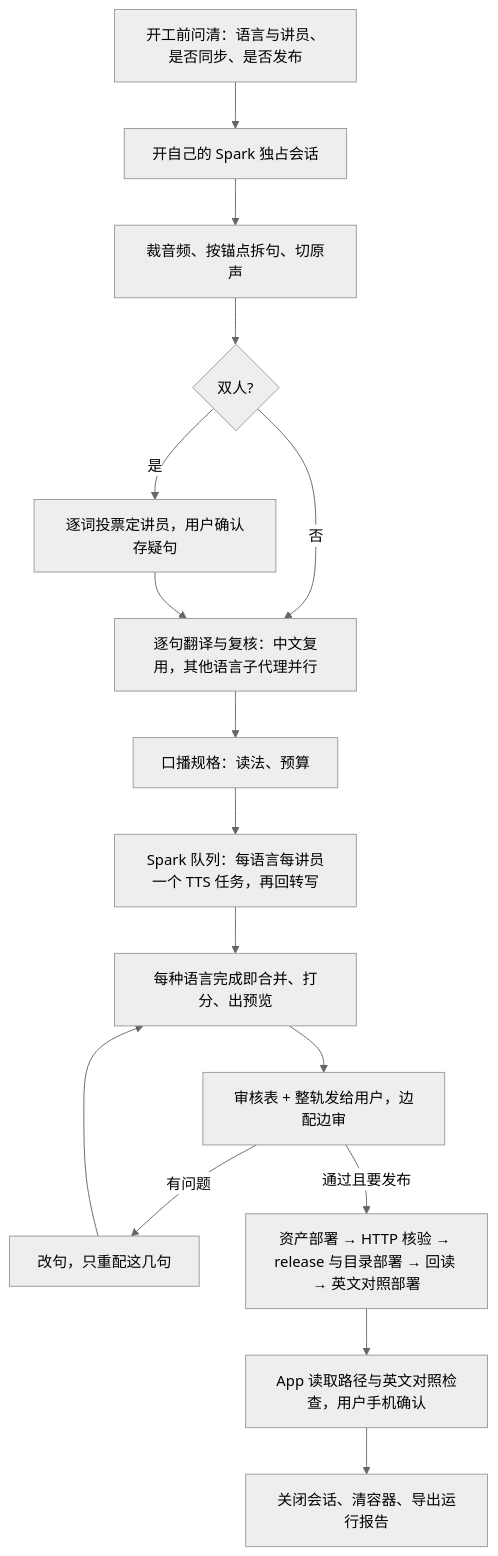
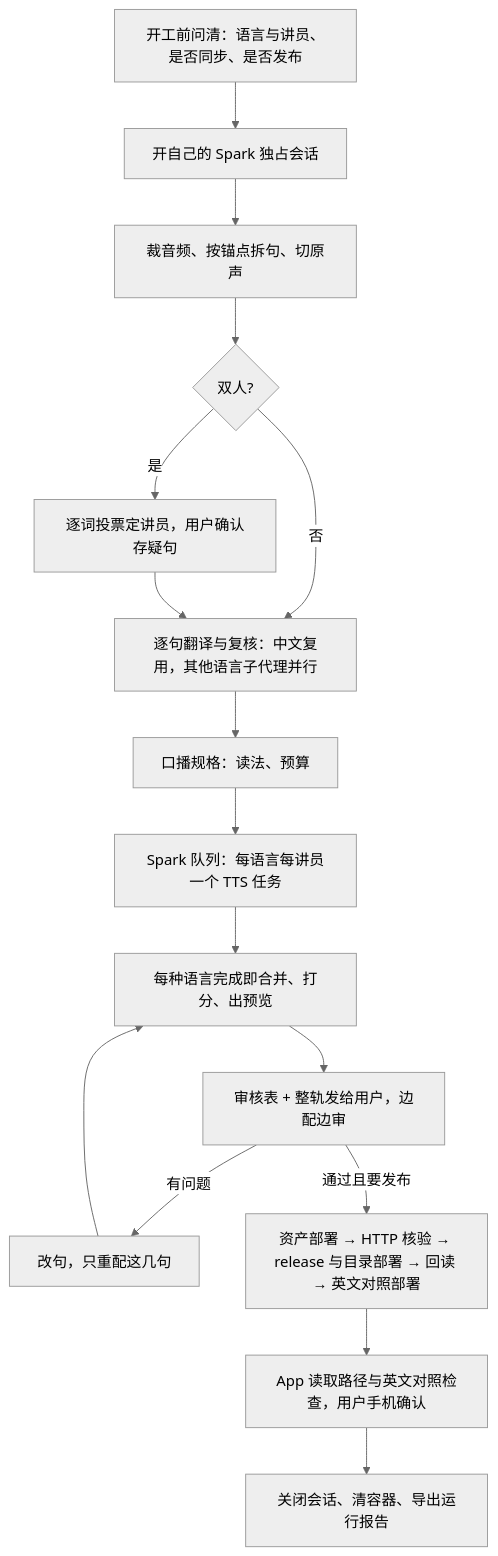
The diagram in docs/sentence-first-agent-production.zh.md (JonathanJing/sermon-video-zh-subtitles), drawn with Mermaid (neutral theme) before and after one commit. The commit also changed other lines of this file and 13 other files, not shown here.

````diff
--- a/docs/sentence-first-agent-production.zh.md
+++ b/docs/sentence-first-agent-production.zh.md
@@ -35,17 +37,17 @@
 ```mermaid
 flowchart TD
   A[开工前问清：语言与讲员、是否同步、是否发布] --> B[开自己的 Spark 独占会话]
   B --> C[裁音频、按锚点拆句、切原声]
   C --> D{双人?}
   D -- 是 --> E[逐词投票定讲员，用户确认存疑句]
   D -- 否 --> F
   E --> F[逐句翻译与复核：中文复用，其他语言子代理并行]
   F --> G[口播规格：读法、预算]
-  G --> H[Spark 队列：每语言每讲员一个 TTS 任务，再回转写]
+  G --> H[Spark 队列：每语言每讲员一个 TTS 任务]
   H --> I[每种语言完成即合并、打分、出预览]
   I --> J[审核表 + 整轨发给用户，边配边审]
   J -- 有问题 --> K[改句，只重配这几句] --> I
   J -- 通过且要发布 --> L[资产部署 → HTTP 核验 → release 与目录部署 → 回读 → 英文对照部署]
   L --> M[App 读取路径与英文对照检查，用户手机确认]
   M --> N[关闭会话、清容器、导出运行报告]
 ```
````
